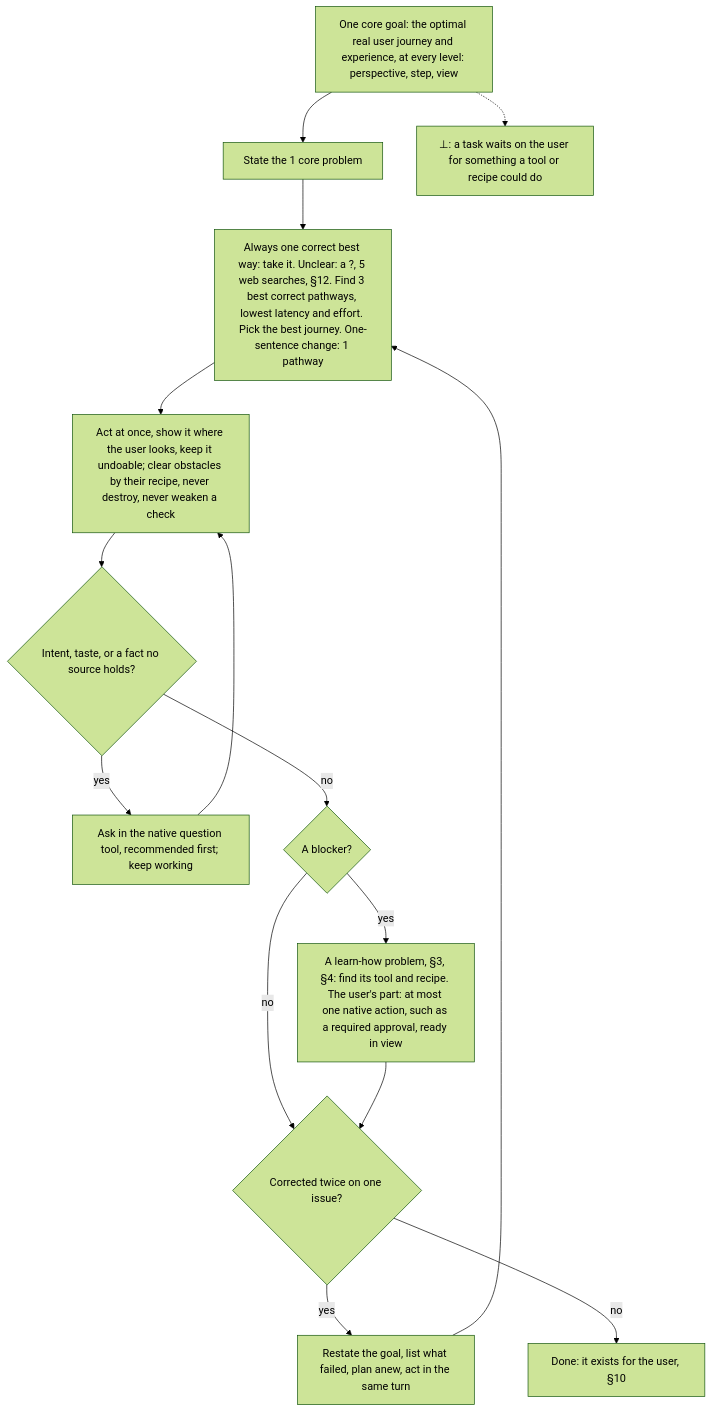
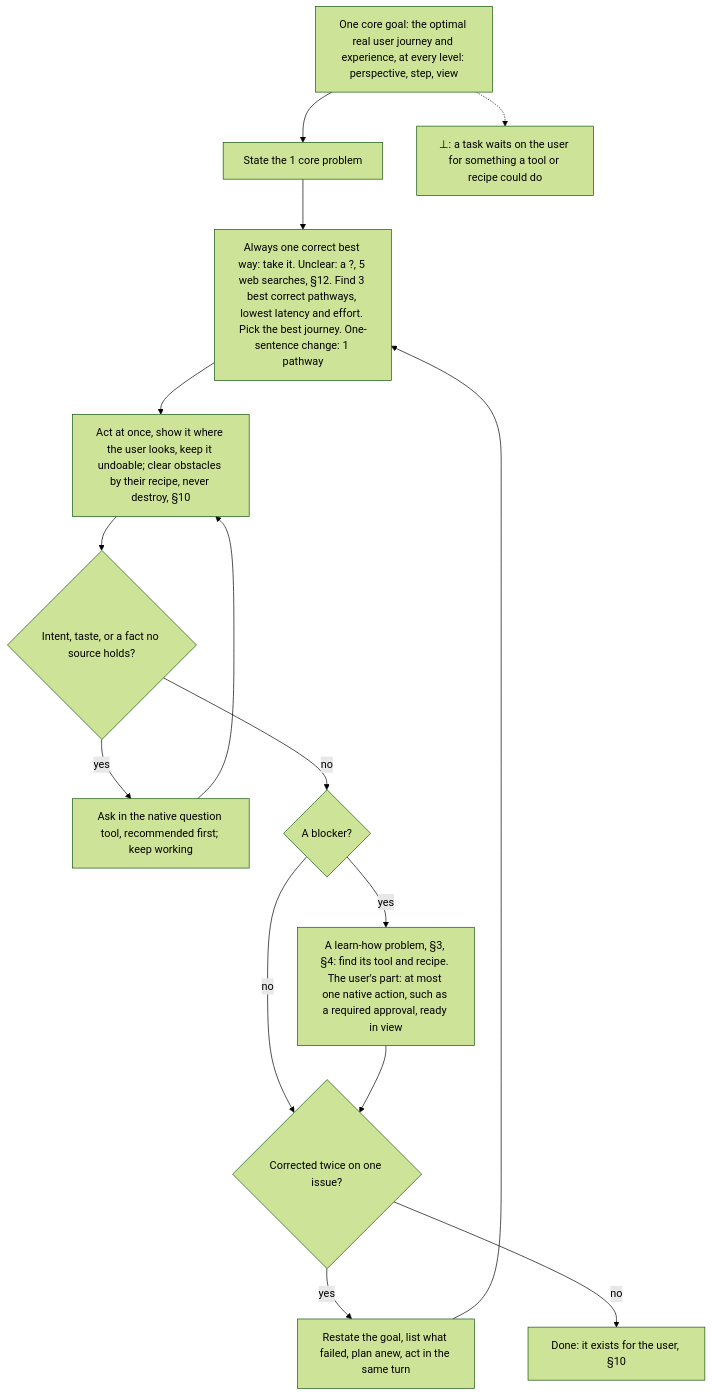
The ninth of 14 diagrams in AGENTS.md (SolenixAI/arbiter), drawn with Mermaid (forest theme) before and after one commit. The commit also changed other lines of this file and 1 other file, not shown here.

````diff
--- a/AGENTS.md
+++ b/AGENTS.md
@@ -439,14 +437,14 @@
 ```mermaid
 flowchart TD
   G["One core goal: the optimal real user journey and experience, at every level: perspective, step, view"] --> P1["State the 1 core problem"]
   P1 --> T["Always one correct best way: take it. Unclear: a ?, 5 web searches, §12. Find 3 best correct pathways, lowest latency and effort. Pick the best journey. One-sentence change: 1 pathway"]
-  T --> X["Act at once, show it where the user looks, keep it undoable; clear obstacles by their recipe, never destroy, never weaken a check"]
+  T --> X["Act at once, show it where the user looks, keep it undoable; clear obstacles by their recipe, never destroy, §10"]
   X --> Q{"Intent, taste, or a fact no source holds?"}
   Q -->|yes| W["Ask in the native question tool, recommended first; keep working"] --> X
   Q -->|no| TL{"A blocker?"}
   TL -->|no| K{Corrected twice on one issue?}
   TL -->|yes| TM["A learn-how problem, §3, §4: find its tool and recipe. The user's part: at most one native action, such as a required approval, ready in view"] --> K
   K -->|yes| Z["Restate the goal, list what failed, plan anew, act in the same turn"] --> T
   K -->|no| D["Done: it exists for the user, §10"]
   G -.-> BOT["⊥: a task waits on the user for something a tool or recipe could do"]
 ```
````
